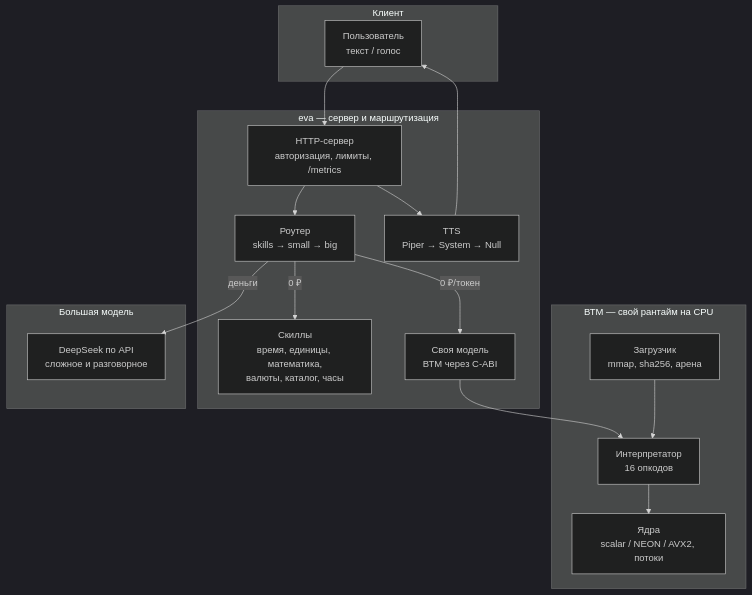
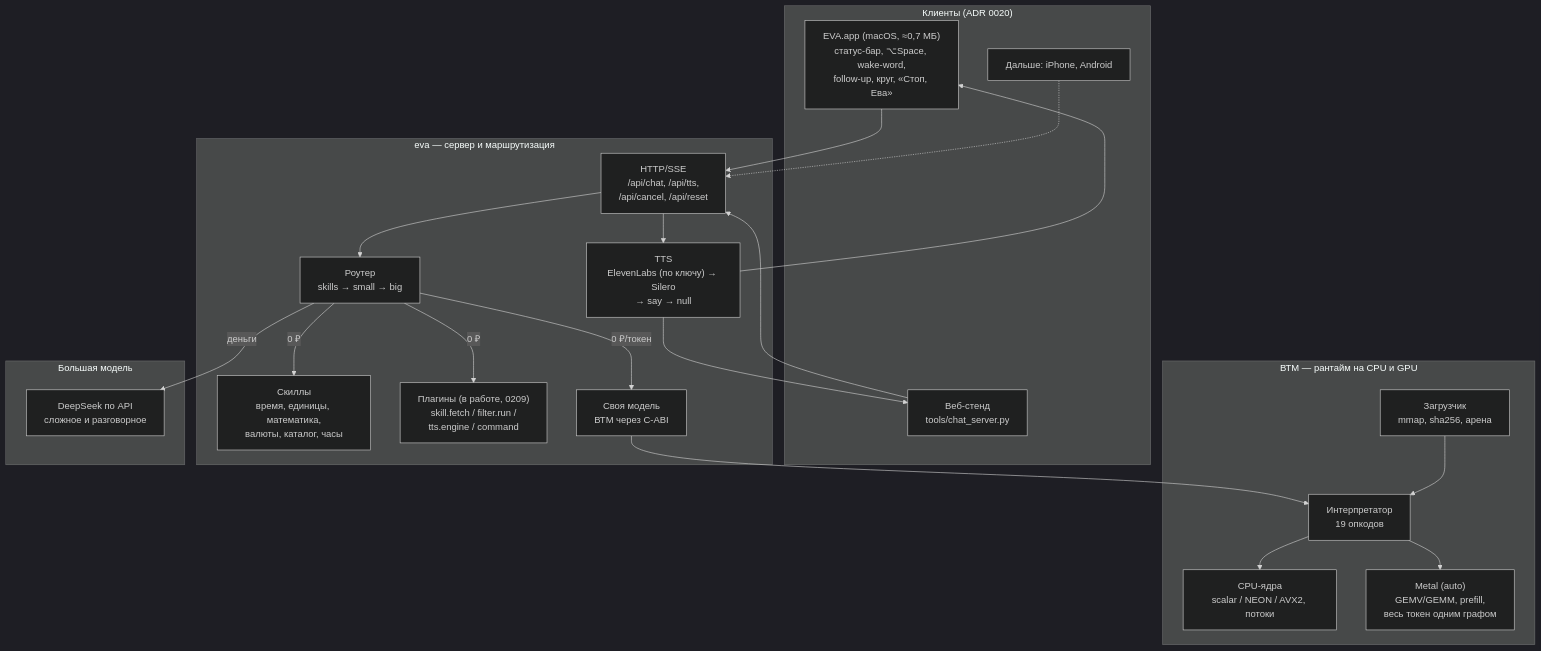
Before and after one commit to agentcity/eva32: the first of 4 diagrams in docs/architecture.md, drawn with Mermaid (dark theme). The commit also changed other lines of this file and 29 other files, not shown here.

````diff
--- a/docs/architecture.md
+++ b/docs/architecture.md
@@ -32,35 +41,44 @@
 ```mermaid
 flowchart TB
-    subgraph client["Клиент"]
-        U["Пользователь<br/>текст / голос"]
+    subgraph clients["Клиенты (ADR 0020)"]
+        APP["EVA.app (macOS, ≈0,7 МБ)<br/>статус-бар, ⌥Space, wake-word,<br/>follow-up, круг, «Стоп, Ева»"]
+        WEB["Веб-стенд<br/>tools/chat_server.py"]
+        NEXT["Дальше: iPhone, Android"]
     end
 
     subgraph eva["eva — сервер и маршрутизация"]
-        S["HTTP-сервер<br/>авторизация, лимиты, /metrics"]
+        S["HTTP/SSE<br/>/api/chat, /api/tts,<br/>/api/cancel, /api/reset"]
         R["Роутер<br/>skills → small → big"]
         SK["Скиллы<br/>время, единицы, математика,<br/>валюты, каталог, часы"]
+        PL["Плагины (в работе, 0209)<br/>skill.fetch / filter.run /<br/>tts.engine / command"]
         SM["Своя модель<br/>ВТМ через C-ABI"]
-        TTS["TTS<br/>Piper → System → Null"]
+        TTS["TTS<br/>ElevenLabs (по ключу) → Silero<br/>→ say → null"]
     end
 
-    subgraph vtm["ВТМ — свой рантайм на CPU"]
+    subgraph vtm["ВТМ — рантайм на CPU и GPU"]
         L["Загрузчик<br/>mmap, sha256, арена"]
-        I["Интерпретатор<br/>16 опкодов"]
-        B["Ядра<br/>scalar / NEON / AVX2, потоки"]
+        I["Интерпретатор<br/>19 опкодов"]
+        CPU["CPU-ядра<br/>scalar / NEON / AVX2, потоки"]
+        GPU["Metal (auto)<br/>GEMV/GEMM, prefill,<br/>весь токен одним графом"]
     end
 
     subgraph big["Большая модель"]
         API["DeepSeek по API<br/>сложное и разговорное"]
     end
 
-    U --> S
+    APP --> S
+    WEB --> S
+    NEXT -.-> S
     S --> R
     R -->|0 ₽| SK
+    R -->|0 ₽| PL
     R -->|0 ₽/токен| SM
     R -->|деньги| API
     SM --> I
-    I --> B
+    I --> CPU
+    I --> GPU
     L --> I
     S --> TTS
-    TTS --> U
+    TTS --> APP
+    TTS --> WEB
 ```
````
